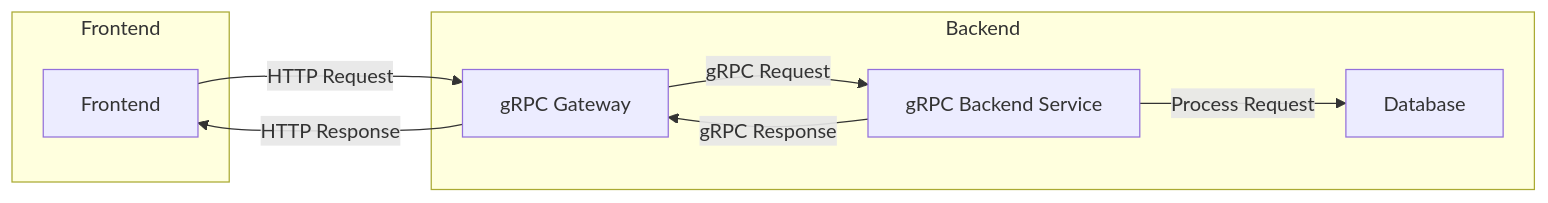
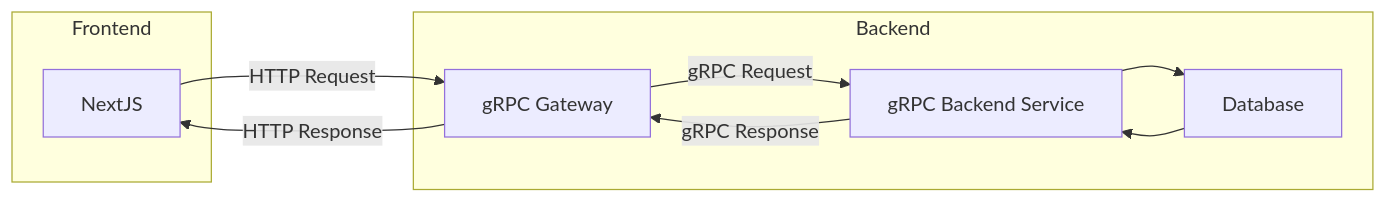
Before and after one commit to jyablonski/lotus: the diagram in README.md, drawn with Mermaid. The commit also changed 5 other files, not shown here.

````diff
--- a/README.md
+++ b/README.md
@@ -20,19 +20,20 @@
 ``` mermaid
 graph LR
-    A[Frontend] -->|HTTP Request| B[gRPC Gateway]
+    A[NextJS] -->|HTTP Request| B[Go gRPC Gateway]
     B -->|gRPC Request| C[gRPC Backend Service]
-    C -->|Process Request| D[Database]
+    C --> D[Database]
+    D --> C
     C -->|gRPC Response| B
     B -->|HTTP Response| A
 
     subgraph Backend
         B[gRPC Gateway]
         C[gRPC Backend Service]
         D[Database]
     end
 
     subgraph Frontend
         A
     end
 
 ```
````
